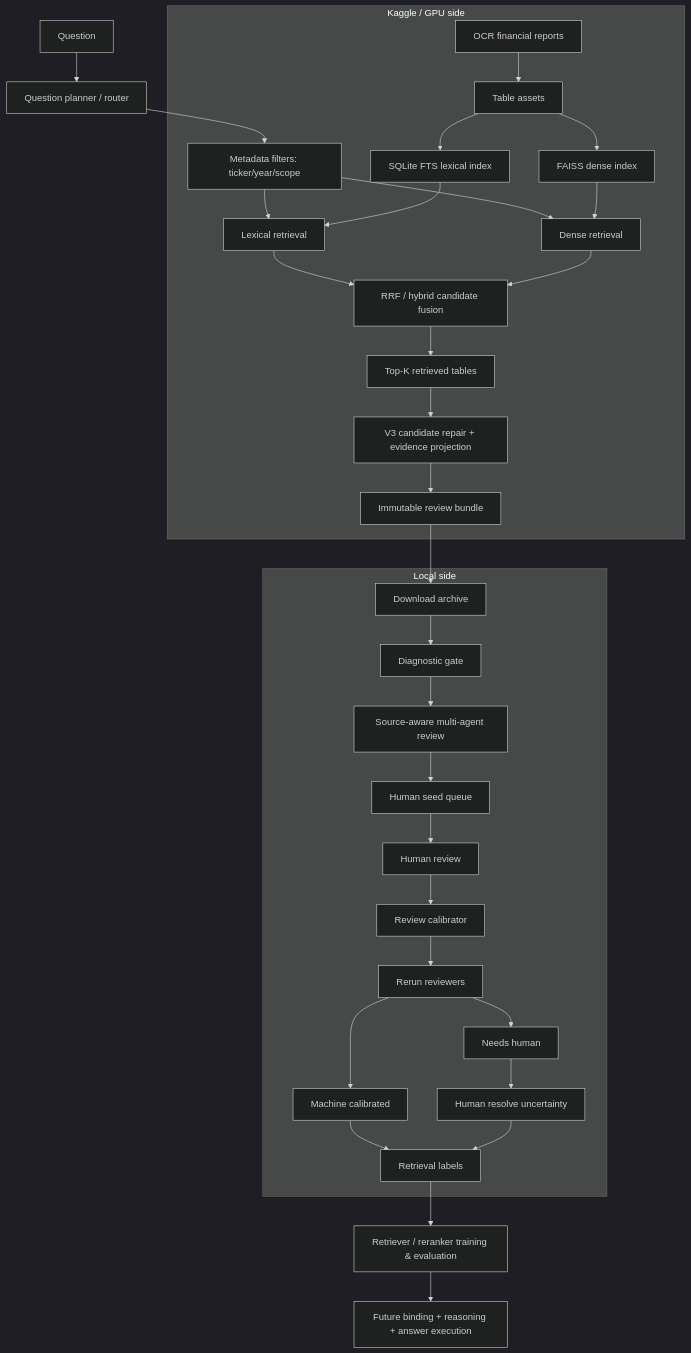
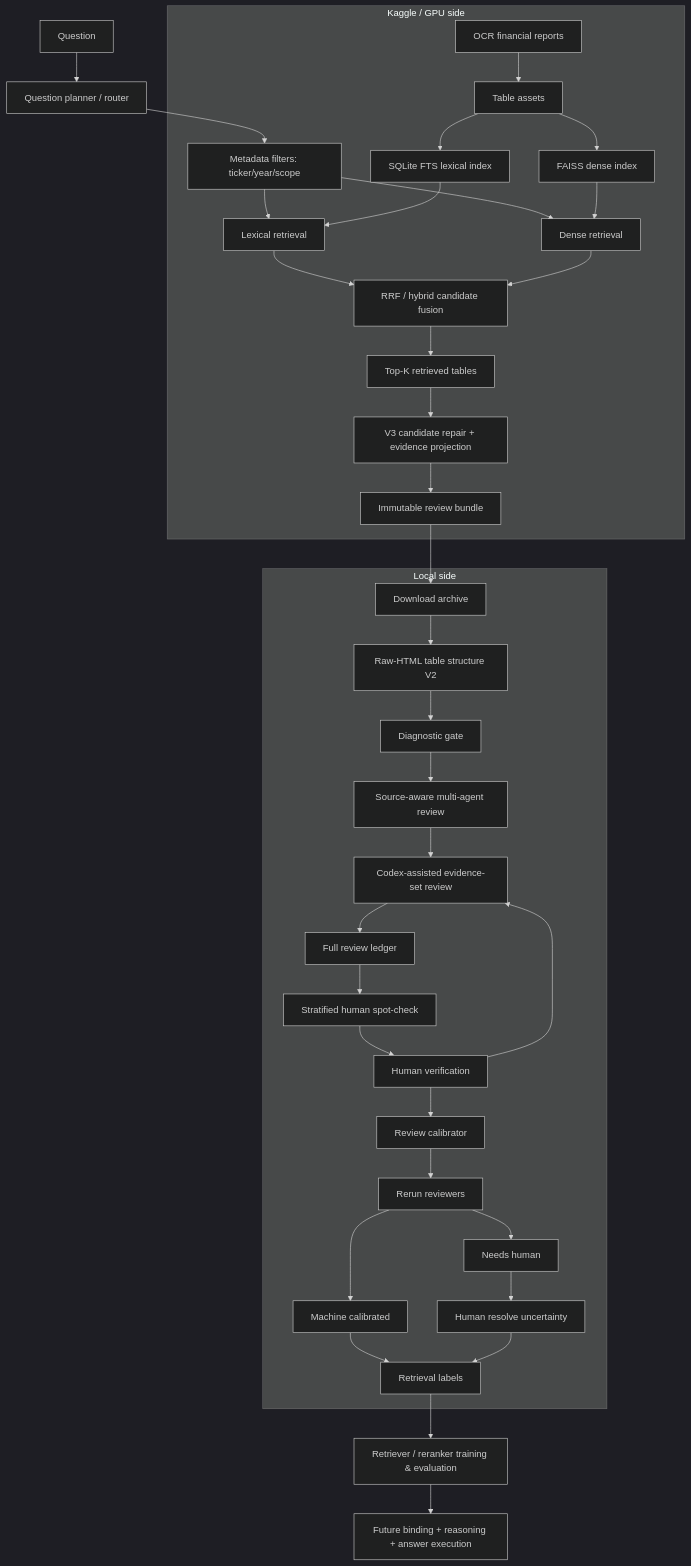
Before and after one commit to Dle28/nlp-finance-query-: the diagram in ARCHITECTURE.md, drawn with Mermaid (dark theme). The commit also changed other lines of this file and 51 other files, not shown here.

````diff
--- a/ARCHITECTURE.md
+++ b/ARCHITECTURE.md
@@ -34,43 +34,47 @@
 ```mermaid
 flowchart TD
 
     Q[Question] --> PLAN[Question planner / router]
     PLAN --> FILTER[Metadata filters: ticker/year/scope]
 
     subgraph KAGGLE["Kaggle / GPU side"]
         RAW[OCR financial reports] --> ASSET[Table assets]
         ASSET --> LEX[SQLite FTS lexical index]
         ASSET --> DEN[FAISS dense index]
 
         FILTER --> LR[Lexical retrieval]
         FILTER --> DR[Dense retrieval]
         LEX --> LR
         DEN --> DR
 
         LR --> RRF[RRF / hybrid candidate fusion]
         DR --> RRF
         RRF --> TOPK[Top-K retrieved tables]
 
         TOPK --> V3[V3 candidate repair + evidence projection]
         V3 --> BUNDLE[Immutable review bundle]
     end
 
     BUNDLE --> DOWNLOAD[Download archive]
 
     subgraph LOCAL["Local side"]
-        DOWNLOAD --> DIAG[Diagnostic gate]
+        DOWNLOAD --> STRUCTURE[Raw-HTML table structure V2]
+        STRUCTURE --> DIAG[Diagnostic gate]
         DIAG --> AGENTS[Source-aware multi-agent review]
-        AGENTS --> SEED[Human seed queue]
-        SEED --> HUMAN[Human review]
+        AGENTS --> CODEX[Codex-assisted evidence-set review]
+        CODEX --> LEDGER[Full review ledger]
+        LEDGER --> CHECK[Stratified human spot-check]
+        CHECK --> HUMAN[Human verification]
+        HUMAN --> CODEX
         HUMAN --> CAL[Review calibrator]
         CAL --> RERUN[Rerun reviewers]
         RERUN --> AUTO[Machine calibrated]
         RERUN --> NEED[Needs human]
         NEED --> HUMAN2[Human resolve uncertainty]
         AUTO --> LABELS[Retrieval labels]
         HUMAN2 --> LABELS
     end
 
     LABELS --> TRAIN[Retriever / reranker training & evaluation]
     TRAIN --> FUTURE[Future binding + reasoning + answer execution]
 ```
````
